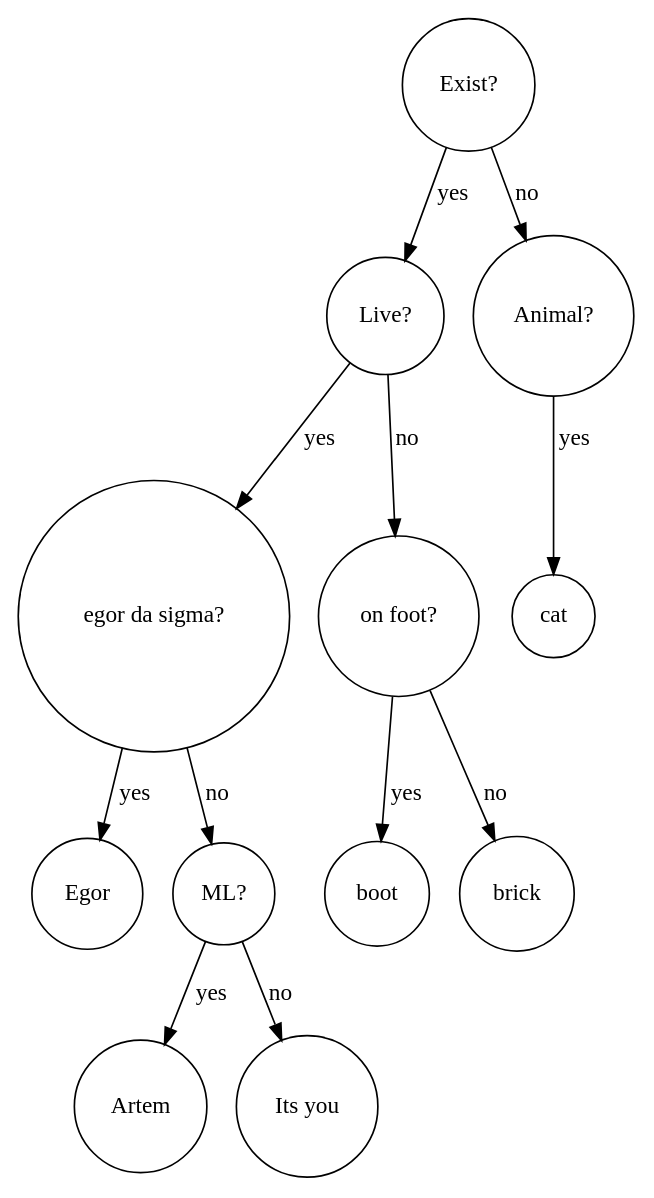
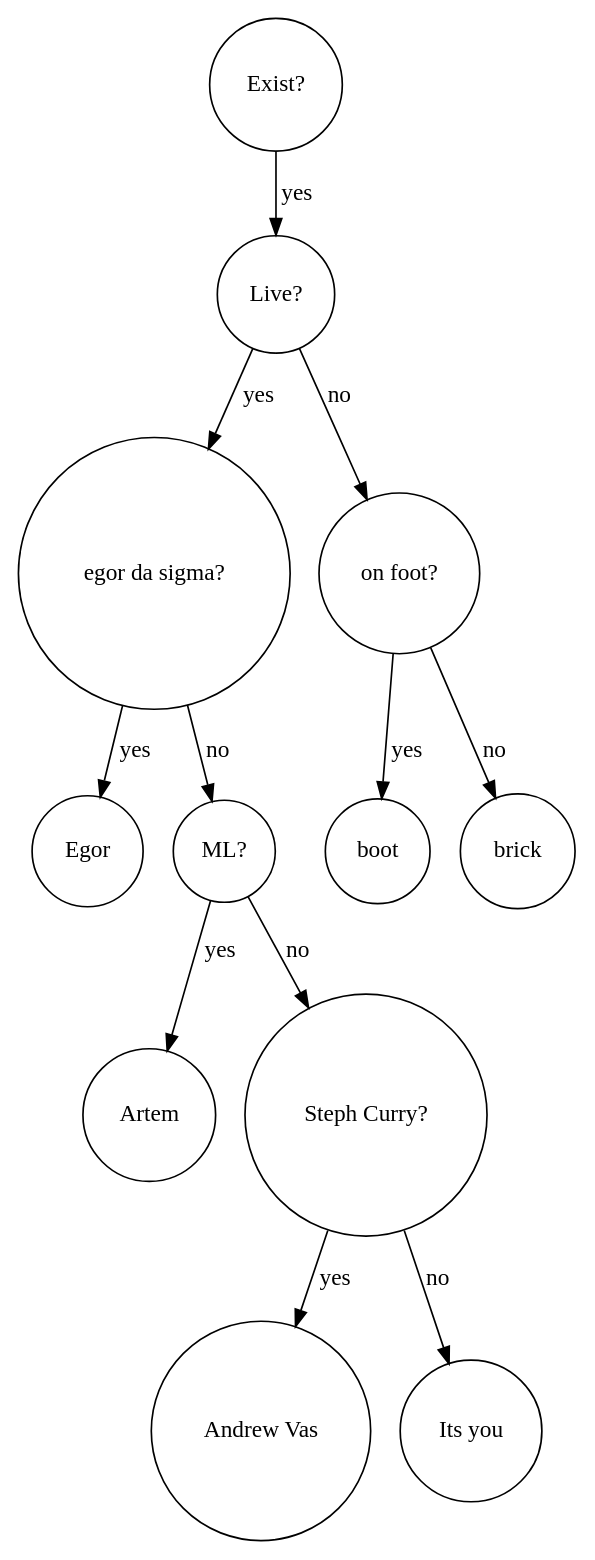
The diagram in tree/akinator/bst_visual_log/bst_11.dot (fl4cko11/Huawei_MIPT), drawn with Graphviz before and after one commit. The commit also changed 18 other files, not shown here.

```diff
--- a/tree/akinator/bst_visual_log/bst_11.dot
+++ b/tree/akinator/bst_visual_log/bst_11.dot
@@ -1,14 +1,14 @@
 digraph BST {
     node [shape=circle];
     "Exist?" -> "Live?" [label="yes"];
-    "Exist?" -> "Animal?" [label="no"];
     "Live?" -> "egor da sigma?" [label="yes"];
     "Live?" -> "on foot?" [label="no"];
     "egor da sigma?" -> "Egor" [label="yes"];
     "egor da sigma?" -> "ML?" [label="no"];
     "ML?" -> "Artem" [label="yes"];
-    "ML?" -> "Its you" [label="no"];
+    "ML?" -> "Steph Curry?" [label="no"];
+    "Steph Curry?" -> "Andrew Vas" [label="yes"];
+    "Steph Curry?" -> "Its you" [label="no"];
     "on foot?" -> "boot" [label="yes"];
     "on foot?" -> "brick" [label="no"];
-    "Animal?" -> "cat" [label="yes"];
 }
```
